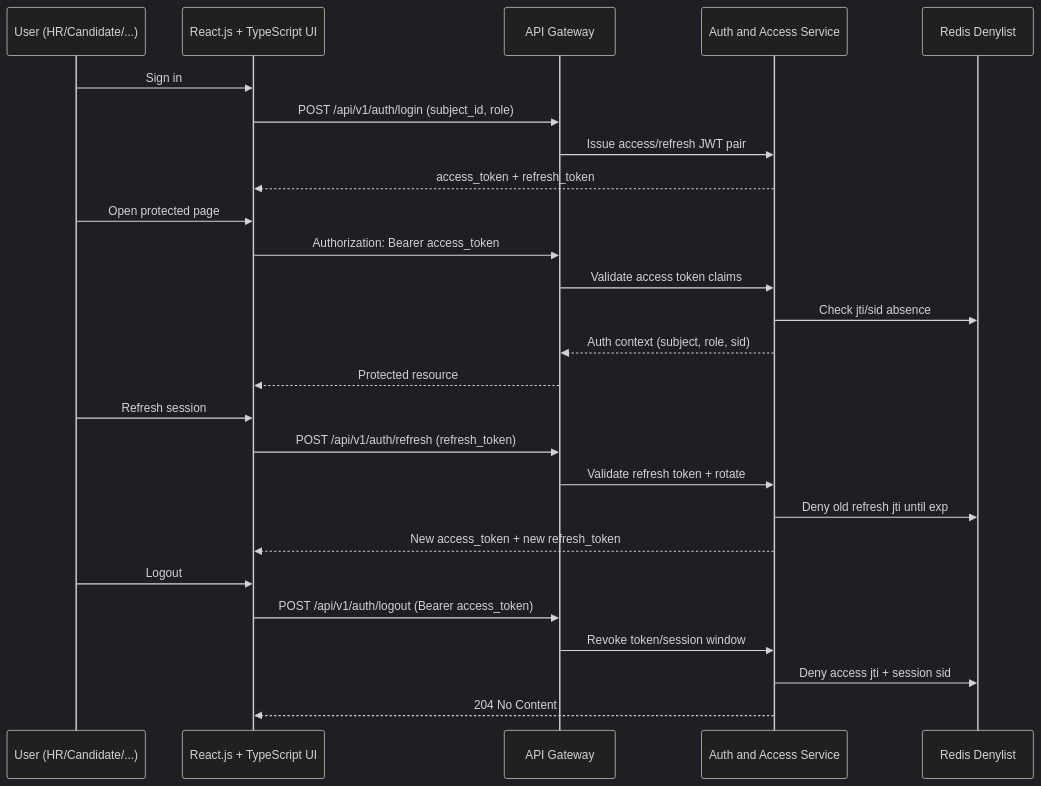
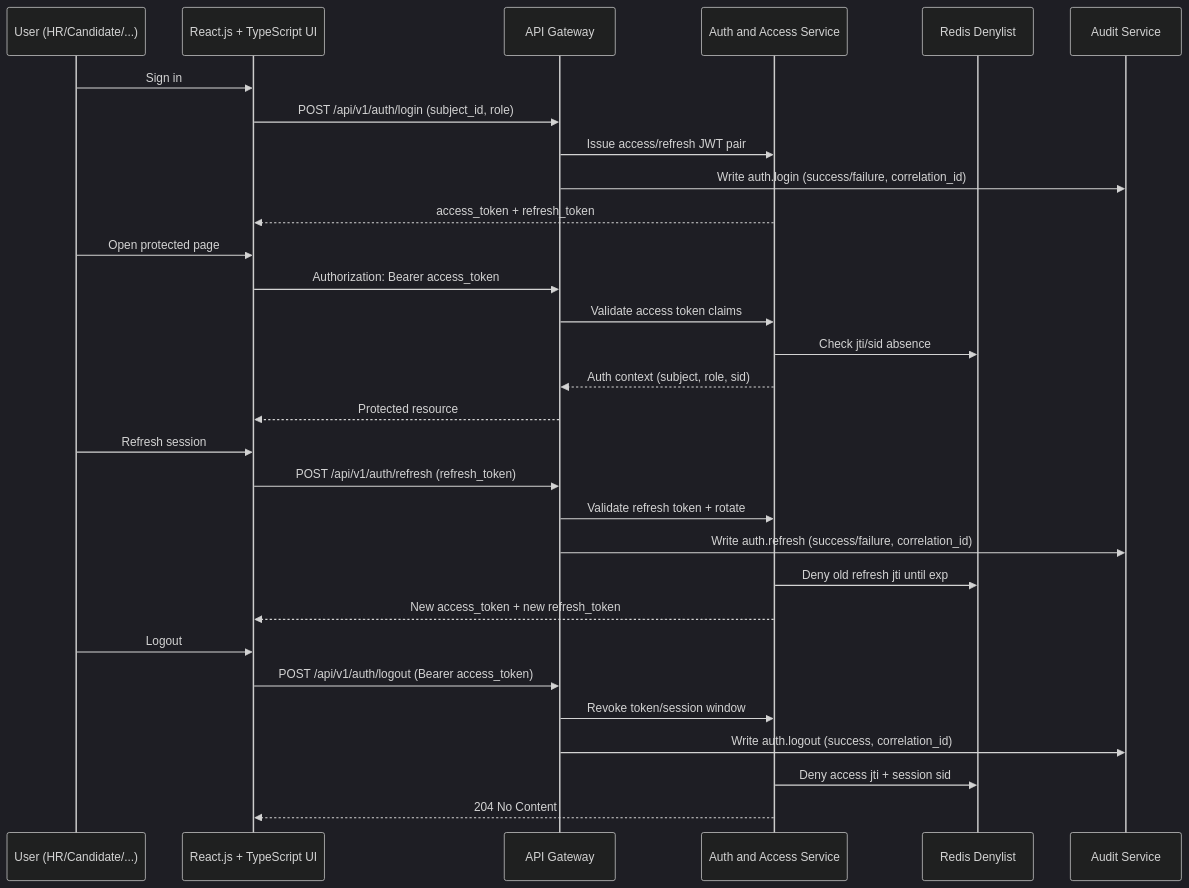
The tenth of 11 diagrams in docs/architecture/diagrams.md (RubiFoc/hrm), drawn with Mermaid (dark theme) before and after one commit. The commit also changed other lines of this file and 27 other files, not shown here.

````diff
--- a/docs/architecture/diagrams.md
+++ b/docs/architecture/diagrams.md
@@ -287,32 +294,36 @@
 ```mermaid
 sequenceDiagram
   participant U as User (HR/Candidate/...)
   participant UI as React.js + TypeScript UI
   participant API as API Gateway
   participant AUTH as Auth and Access Service
   participant DNL as Redis Denylist
+  participant AUD as Audit Service
 
   U->>UI: Sign in
   UI->>API: POST /api/v1/auth/login (subject_id, role)
   API->>AUTH: Issue access/refresh JWT pair
+  API->>AUD: Write auth.login (success/failure, correlation_id)
   AUTH-->>UI: access_token + refresh_token
 
   U->>UI: Open protected page
   UI->>API: Authorization: Bearer access_token
   API->>AUTH: Validate access token claims
   AUTH->>DNL: Check jti/sid absence
   AUTH-->>API: Auth context (subject, role, sid)
   API-->>UI: Protected resource
 
   U->>UI: Refresh session
   UI->>API: POST /api/v1/auth/refresh (refresh_token)
   API->>AUTH: Validate refresh token + rotate
+  API->>AUD: Write auth.refresh (success/failure, correlation_id)
   AUTH->>DNL: Deny old refresh jti until exp
   AUTH-->>UI: New access_token + new refresh_token
 
   U->>UI: Logout
   UI->>API: POST /api/v1/auth/logout (Bearer access_token)
   API->>AUTH: Revoke token/session window
+  API->>AUD: Write auth.logout (success, correlation_id)
   AUTH->>DNL: Deny access jti + session sid
   AUTH-->>UI: 204 No Content
 ```
````
